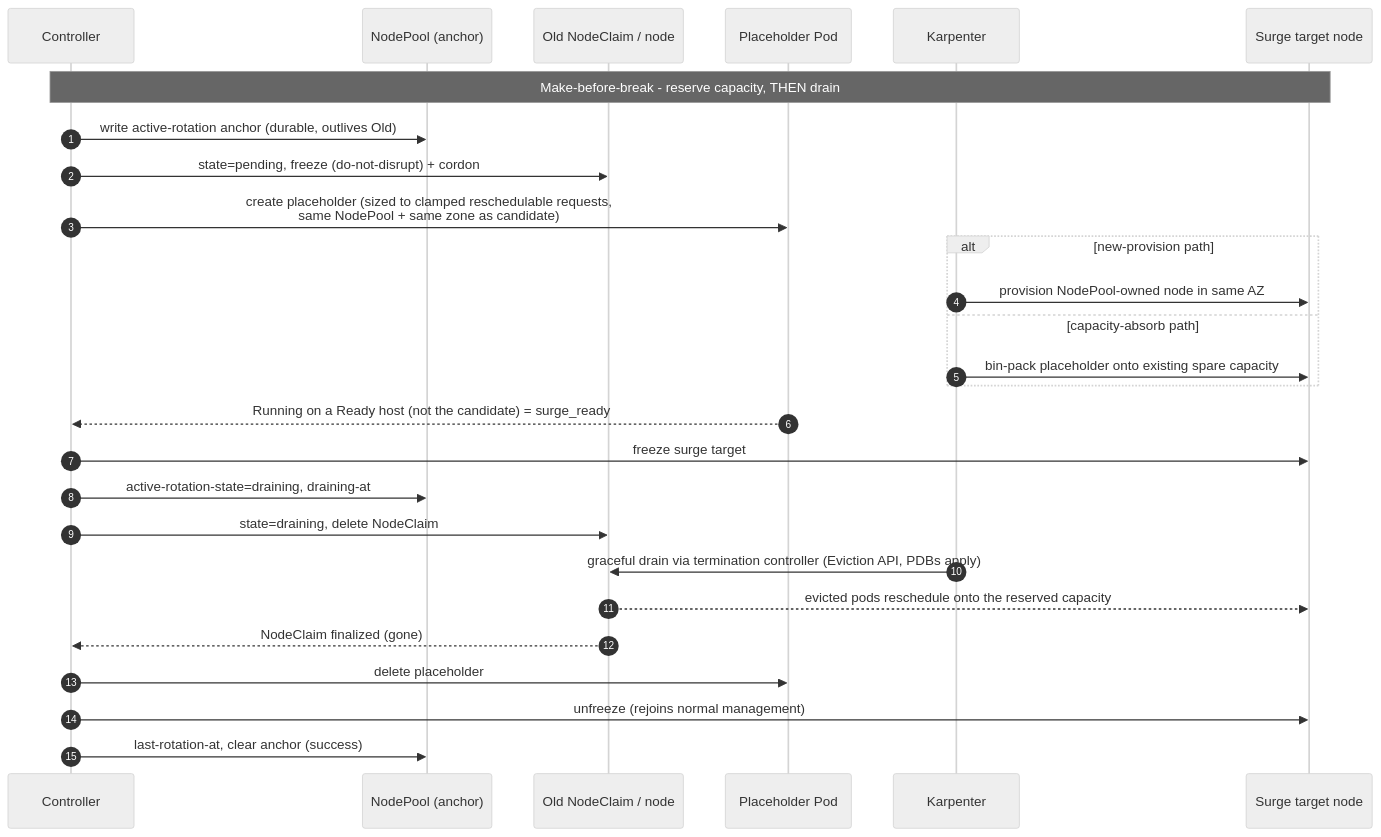
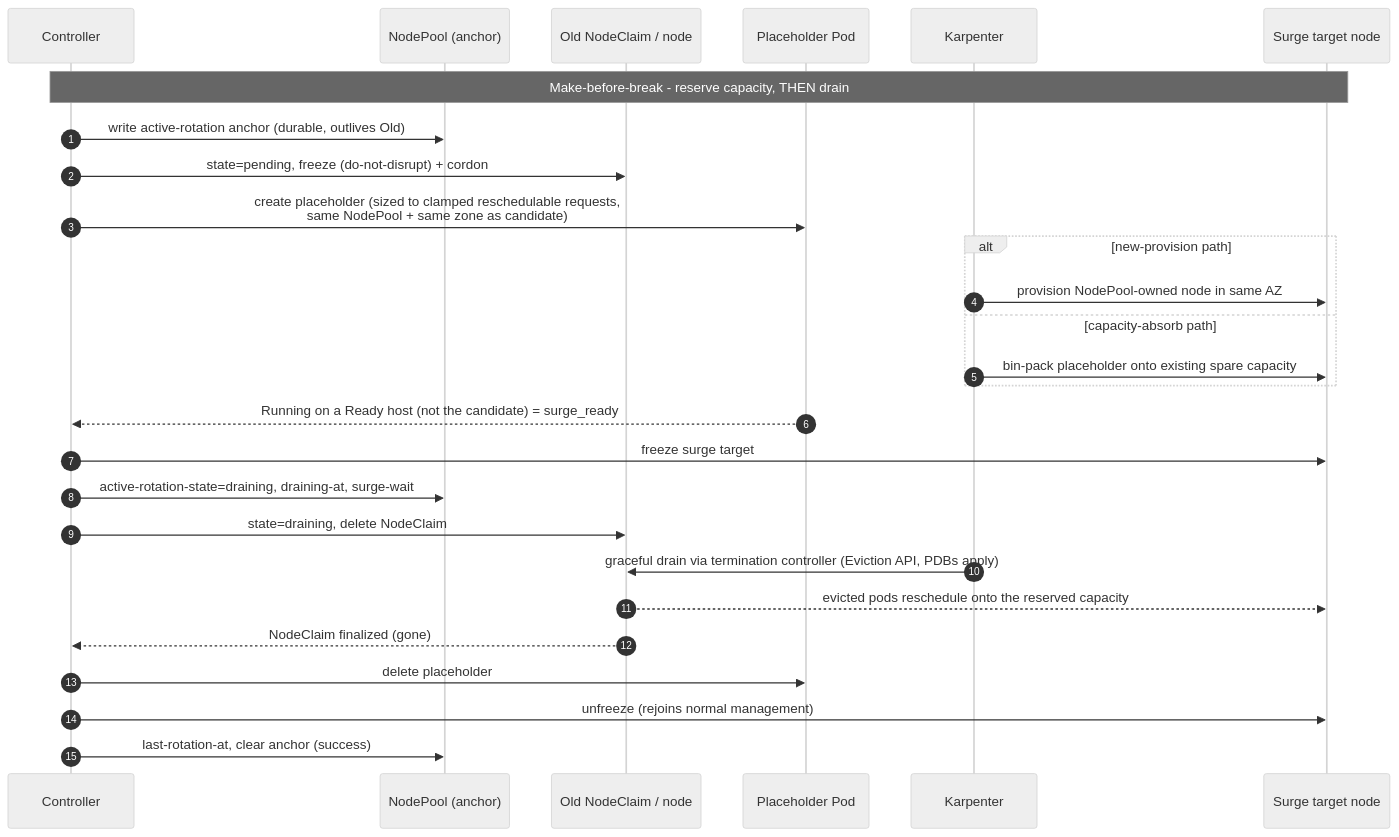
One commit to AkashiSN/node-rotation-controller changed the second of 2 diagrams in docs/specification/03-design.md. Above: the diagram before and after it, drawn with Mermaid (neutral theme). The commit also changed 10 other files, not shown here.

Commit message:
feat(observability): make `rotation complete` a self-contained line (surgeNode, total) (#229)

````diff
--- a/docs/specification/03-design.md
+++ b/docs/specification/03-design.md
@@ -185,30 +185,30 @@
 ```mermaid
 sequenceDiagram
     autonumber
     participant C as Controller
     participant NP as NodePool (anchor)
     participant Old as Old NodeClaim / node
     participant PH as Placeholder Pod
     participant K as Karpenter
     participant New as Surge target node
 
     Note over C,New: Make-before-break - reserve capacity, THEN drain
     C->>NP: write active-rotation anchor (durable, outlives Old)
     C->>Old: state=pending, freeze (do-not-disrupt) + cordon
     C->>PH: create placeholder (sized to clamped reschedulable requests,<br/>same NodePool + same zone as candidate)
     alt new-provision path
         K->>New: provision NodePool-owned node in same AZ
     else capacity-absorb path
         K->>New: bin-pack placeholder onto existing spare capacity
     end
     PH-->>C: Running on a Ready host (not the candidate) = surge_ready
     C->>New: freeze surge target
-    C->>NP: active-rotation-state=draining, draining-at
+    C->>NP: active-rotation-state=draining, draining-at, surge-wait
     C->>Old: state=draining, delete NodeClaim
     K->>Old: graceful drain via termination controller (Eviction API, PDBs apply)
     Old-->>New: evicted pods reschedule onto the reserved capacity
     Old-->>C: NodeClaim finalized (gone)
     C->>PH: delete placeholder
     C->>New: unfreeze (rejoins normal management)
     C->>NP: last-rotation-at, clear anchor (success)
 ```
````
